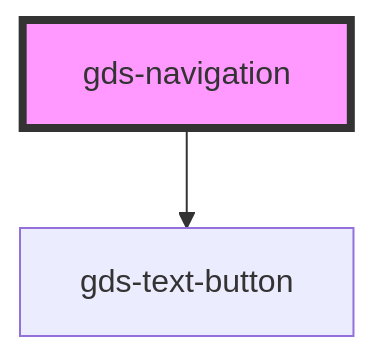
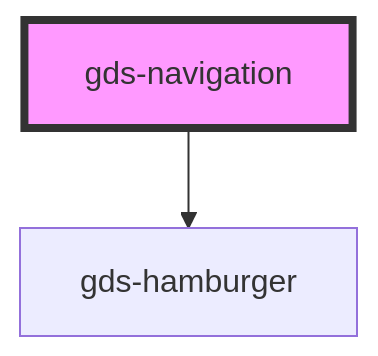
Before and after one commit to generoi/genero-design-system: the diagram in src/components/gds-navigation/readme.md, drawn with Mermaid. The commit also changed other lines of this file and 10 other files, not shown here.

Commit message:
feat(gds-hamburger): add component

````diff
--- a/src/components/gds-navigation/readme.md
+++ b/src/components/gds-navigation/readme.md
@@ -33,5 +34,5 @@
 ```mermaid
 graph TD;
-  gds-navigation --> gds-text-button
+  gds-navigation --> gds-hamburger
   style gds-navigation fill:#f9f,stroke:#333,stroke-width:4px
 ```
````
